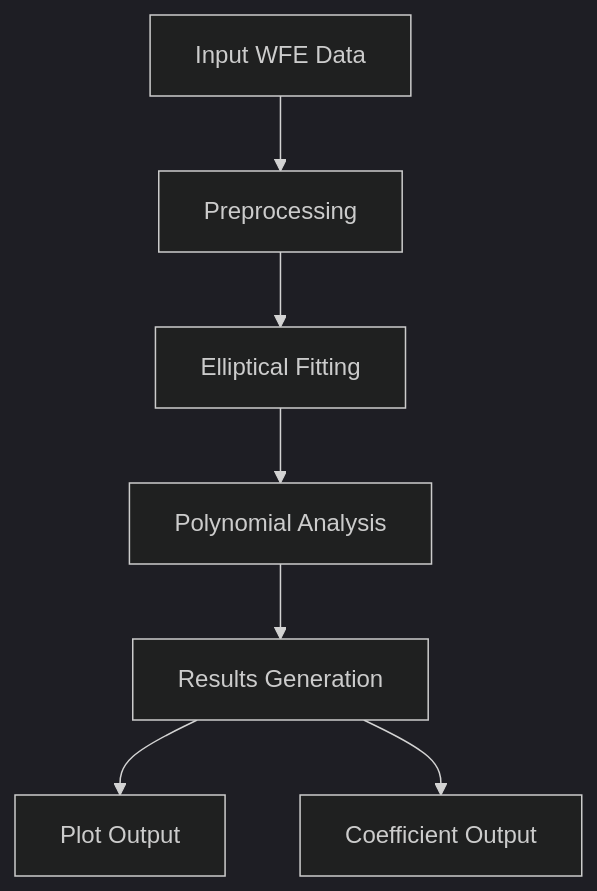
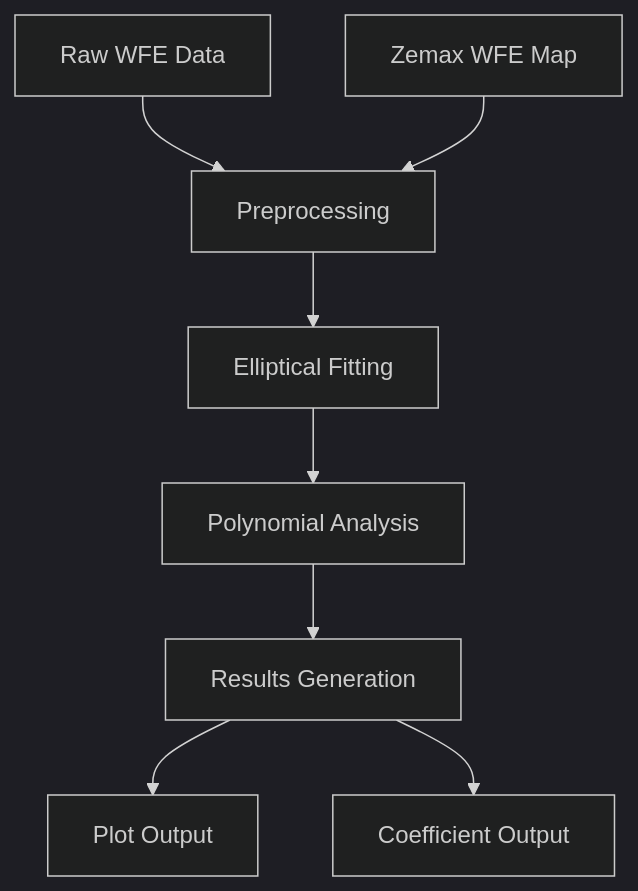
Before and after one commit to arielmission-space/STOP-utils: the diagram in README.md, drawn with Mermaid (dark theme). The commit also changed other lines of this file and 1 other file, not shown here.

Commit message:
docs: Update README and API documentation to include support for Zemax Wavefront Map files

````diff
--- a/README.md
+++ b/README.md
@@ -231,9 +240,10 @@
    ```mermaid
    graph TD
-      A[Input WFE Data] --> B[Preprocessing]
+      A1[Raw WFE Data] --> B[Preprocessing]
+      A2[Zemax WFE Map] --> B
       B --> C[Elliptical Fitting]
       C --> D[Polynomial Analysis]
       D --> E[Results Generation]
       E --> F[Plot Output]
       E --> G[Coefficient Output]
    ```
````
